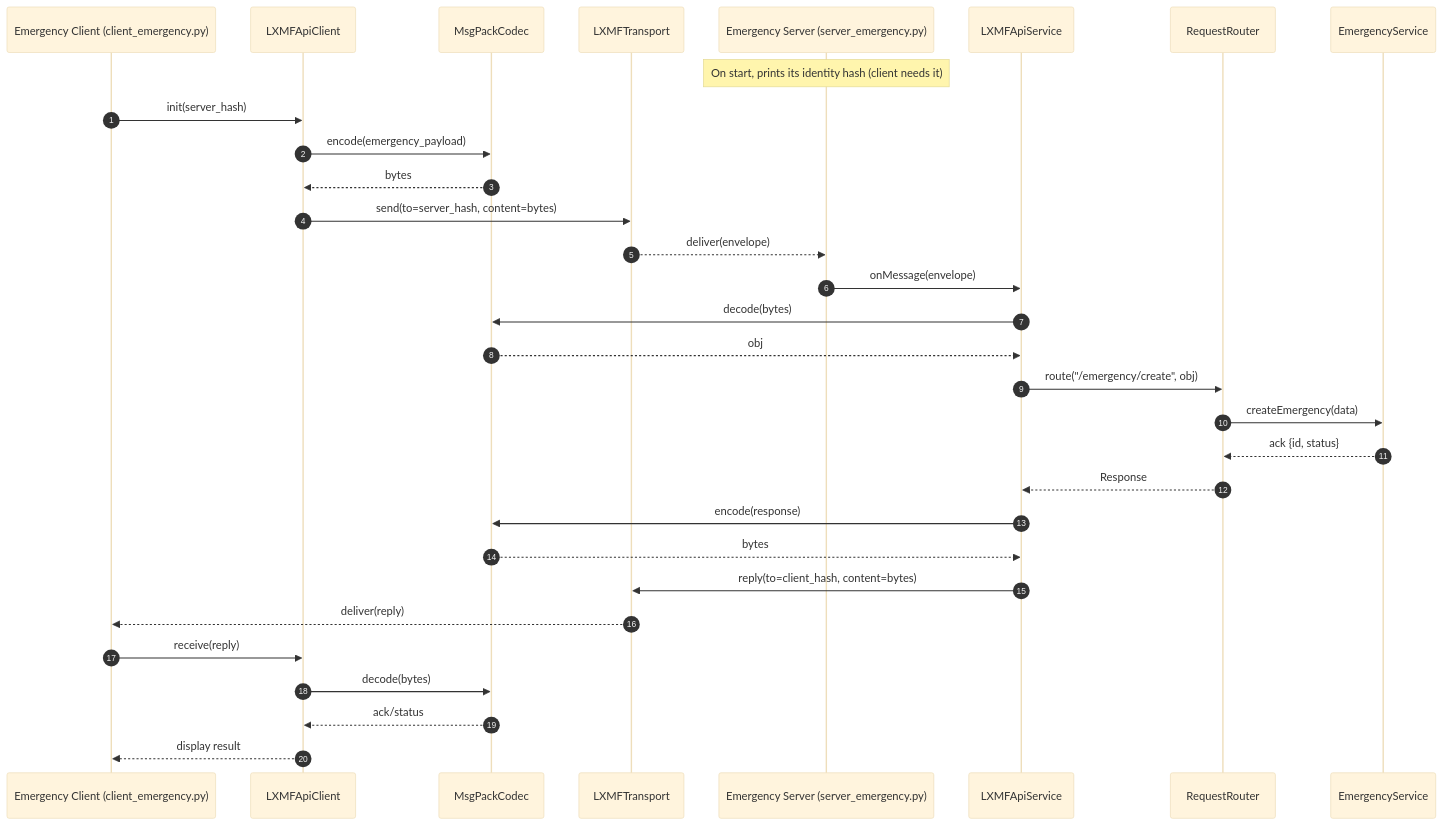
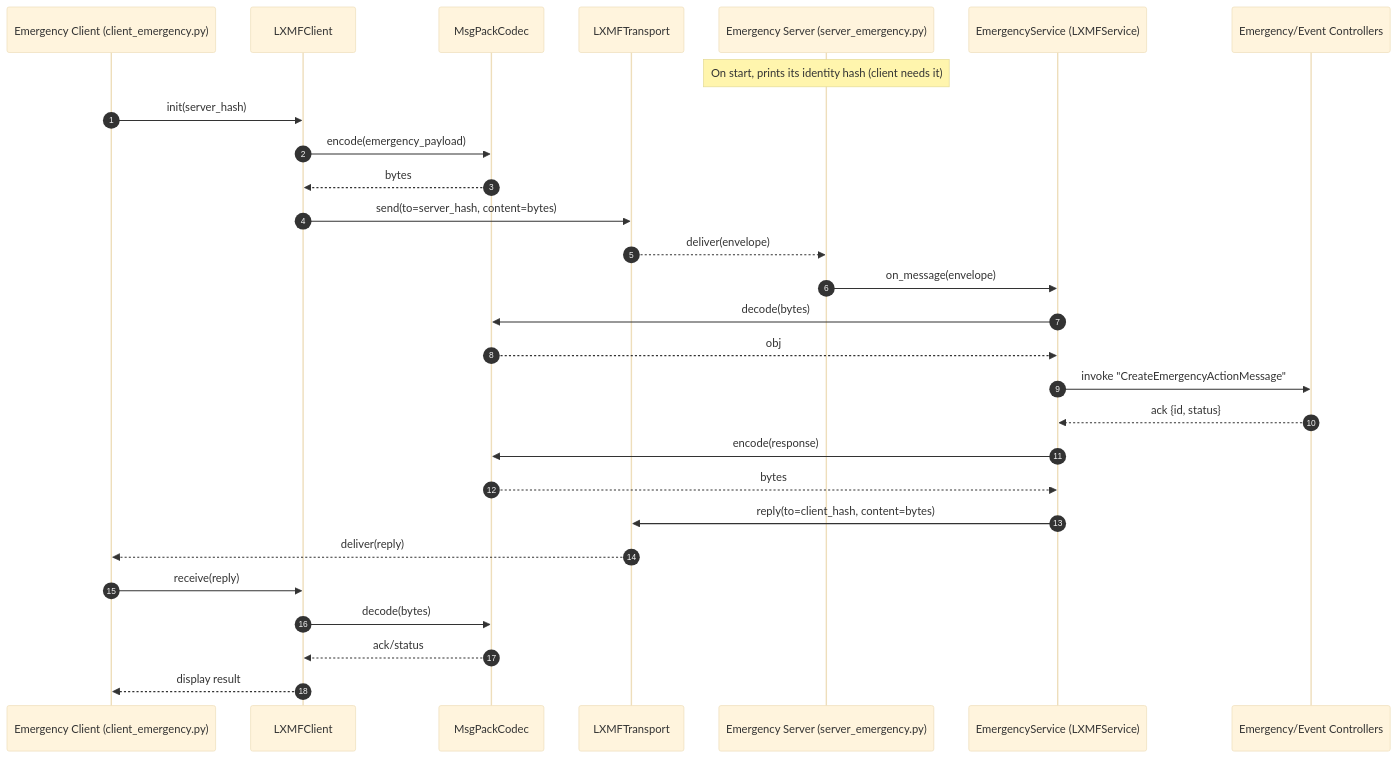
The diagram in examples/EmergencyManagement/README.md (FreeTAKTeam/Reticulum_OpenAPI), drawn with Mermaid (base theme) before and after one commit. The commit also changed other lines of this file and 1 other file, not shown here.

Commit message:
Update EmergencyManagement README terminology

````diff
--- a/examples/EmergencyManagement/README.md
+++ b/examples/EmergencyManagement/README.md
@@ -18,38 +18,35 @@
 ``` mermaid
 sequenceDiagram
 autonumber
 participant ClientApp as Emergency Client (client_emergency.py)
-participant ApiClient as LXMFApiClient
+participant ApiClient as LXMFClient
 participant Codec as MsgPackCodec
 participant LXMF as LXMFTransport
 participant ServerApp as Emergency Server (server_emergency.py)
-participant ApiService as LXMFApiService
-participant Router as RequestRouter
-participant Domain as EmergencyService
+participant Service as EmergencyService (LXMFService)
+participant Controller as Emergency/Event Controllers
 
 note over ServerApp: On start, prints its identity hash (client needs it)
 
 ClientApp->>ApiClient: init(server_hash)
 ApiClient->>Codec: encode(emergency_payload)
 Codec-->>ApiClient: bytes
 ApiClient->>LXMF: send(to=server_hash, content=bytes)
 LXMF-->>ServerApp: deliver(envelope)
 
-ServerApp->>ApiService: onMessage(envelope)
-ApiService->>Codec: decode(bytes)
-Codec-->>ApiService: obj
-ApiService->>Router: route("/emergency/create", obj)
-Router->>Domain: createEmergency(data)
-Domain-->>Router: ack {id, status}
-Router-->>ApiService: Response
+ServerApp->>Service: on_message(envelope)
+Service->>Codec: decode(bytes)
+Codec-->>Service: obj
+Service->>Controller: invoke "CreateEmergencyActionMessage"
+Controller-->>Service: ack {id, status}
 
-ApiService->>Codec: encode(response)
-Codec-->>ApiService: bytes
-ApiService->>LXMF: reply(to=client_hash, content=bytes)
+Service->>Codec: encode(response)
+Codec-->>Service: bytes
+Service->>LXMF: reply(to=client_hash, content=bytes)
 LXMF-->>ClientApp: deliver(reply)
 
 ClientApp->>ApiClient: receive(reply)
 ApiClient->>Codec: decode(bytes)
 Codec-->>ApiClient: ack/status
 ApiClient-->>ClientApp: display result
 ```
````
